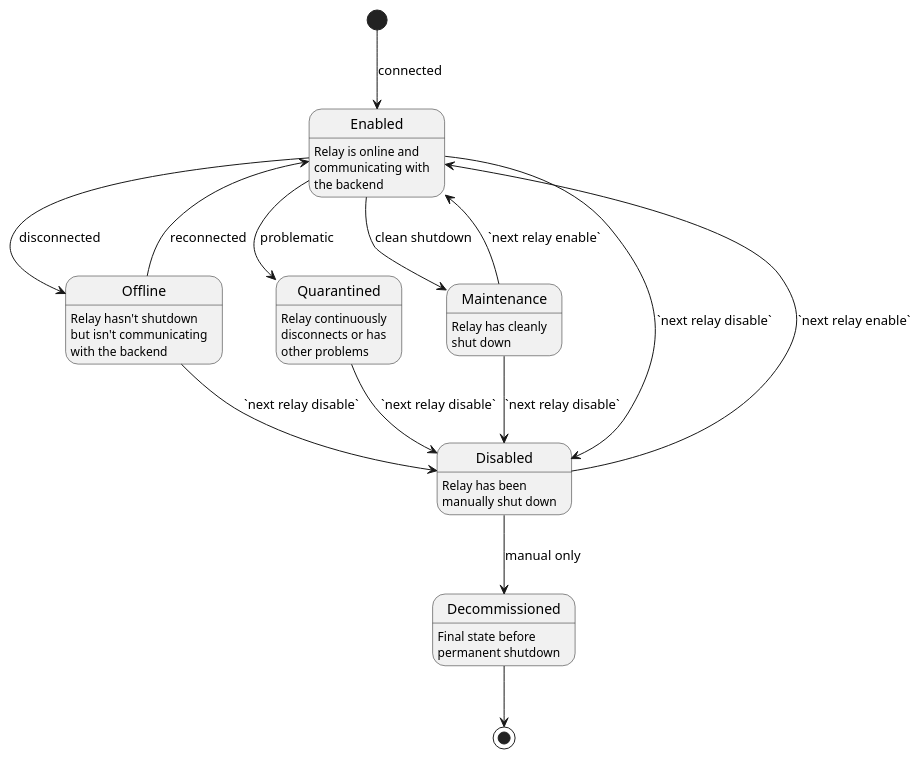
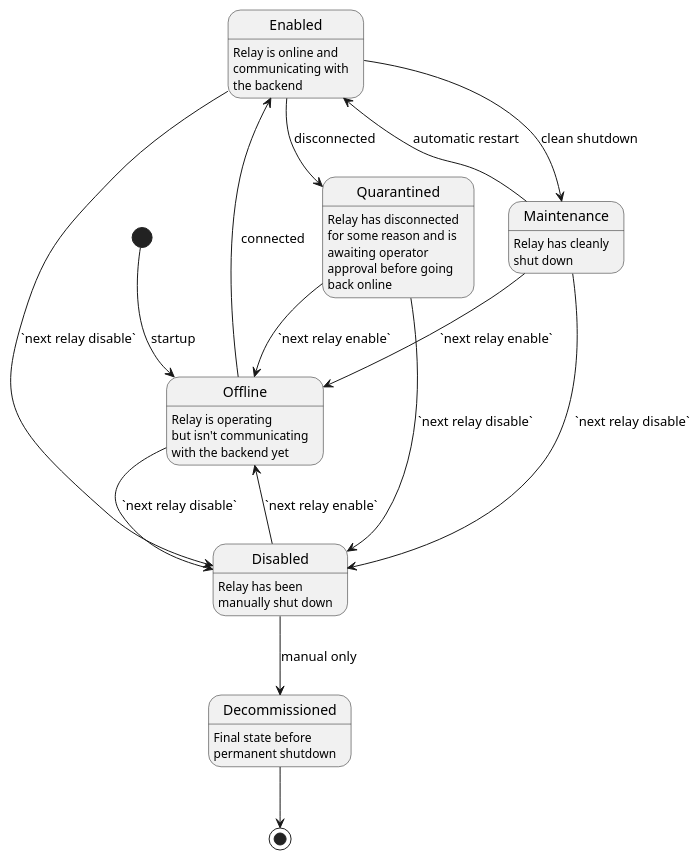
One commit to networknext/next changed the diagram in .diagrams/relay-state.plantuml. Above: the diagram before and after it, drawn with PlantUML. The commit also changed 2 other files, not shown here.

Commit message:
Started relay quarantine

```diff
--- a/.diagrams/relay-state.plantuml
+++ b/.diagrams/relay-state.plantuml
@@ -1,22 +1,23 @@
 @startuml
 Enabled : Relay is online and\ncommunicating with\nthe backend
-    Offline : Relay hasn't shutdown\nbut isn't communicating\nwith the backend
-    Quarantined : Relay continuously\ndisconnects or has\nother problems
+    Offline : Relay is operating\nbut isn't communicating\nwith the backend yet
+    Quarantined : Relay has disconnected\nfor some reason and is\nawaiting operator\napproval before going\nback online
     Maintenance : Relay has cleanly\nshut down
     Disabled : Relay has been\nmanually shut down
     Decommissioned : Final state before\npermanent shutdown
 
-    [*] --> Enabled : connected
-    Enabled --> Offline : disconnected
-    Offline --> Enabled : reconnected
+    [*] --> Offline : startup
+    Offline --> Enabled : connected
     Offline --> Disabled : `next relay disable`
-    Enabled --> Quarantined : problematic
+    Enabled --> Quarantined : disconnected
     Enabled --> Maintenance : clean shutdown
     Enabled --> Disabled : `next relay disable`
-    Maintenance --> Enabled : `next relay enable`
+    Maintenance --> Enabled : automatic restart
+    Maintenance --> Offline : `next relay enable`
+    Quarantined --> Offline : `next relay enable`
     Quarantined --> Disabled : `next relay disable`
     Maintenance --> Disabled : `next relay disable`
-    Disabled --> Enabled : `next relay enable`
+    Disabled --> Offline : `next relay enable`
     Disabled --> Decommissioned : manual only
     Decommissioned --> [*]
 @enduml
```
